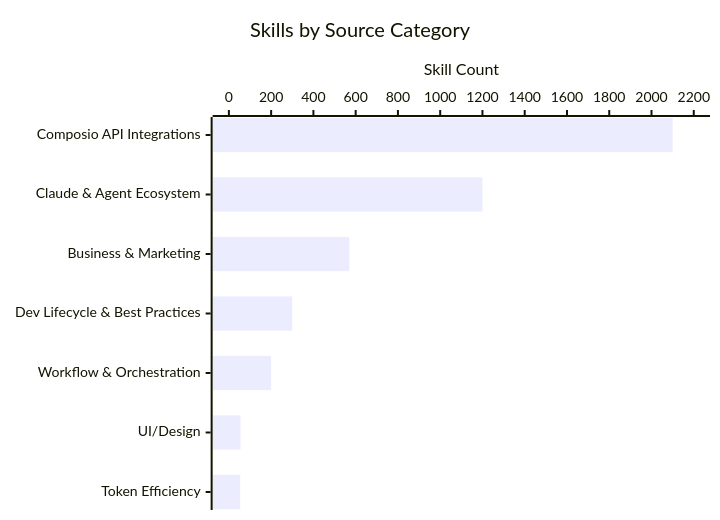
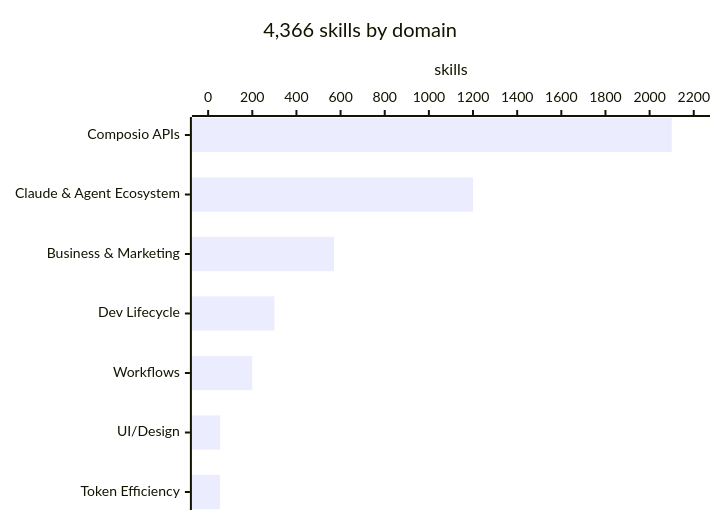
Before and after one commit to KunanonJ/claude-skills-hub: the first of 3 diagrams in README.md, drawn with Mermaid. The commit also changed other lines of this file, not shown here.

````diff
--- a/README.md
+++ b/README.md
@@ -41,7 +40,7 @@
 ```mermaid
 xychart-beta horizontal
-    title "Skills by Source Category"
-    x-axis ["Composio API Integrations", "Claude & Agent Ecosystem", "Business & Marketing", "Dev Lifecycle & Best Practices", "Workflow & Orchestration", "UI/Design", "Token Efficiency"]
-    y-axis "Skill Count" 0 --> 2200
+    title "4,366 skills by domain"
+    x-axis ["Composio APIs", "Claude & Agent Ecosystem", "Business & Marketing", "Dev Lifecycle", "Workflows", "UI/Design", "Token Efficiency"]
+    y-axis "skills" 0 --> 2200
     bar [2100, 1200, 570, 300, 200, 55, 54]
 ```
````
